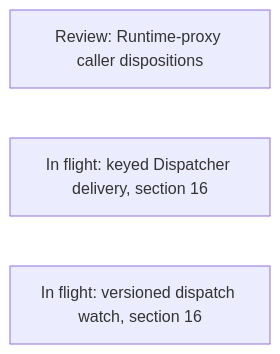
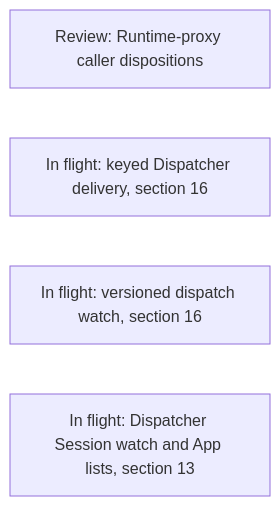
The first of 20 diagrams in agentplane/plans/task_dag.md (agentydragon/ducktape), drawn with Mermaid before and after one commit. The commit also changed other lines of this file, not shown here.

First line of the commit message:
Record the decided Session authority and release the Session watch

````diff
--- a/agentplane/plans/task_dag.md
+++ b/agentplane/plans/task_dag.md
@@ -206,6 +207,7 @@
 ```mermaid
 flowchart LR
     RUNTIME_PROXY_CALLER_AUDIT[Review: Runtime-proxy caller dispositions]
     DISPATCHER_KEYED_DELIVERY[In flight: keyed Dispatcher delivery, section 16]
     DISPATCHER_WATCH_VERSIONS[In flight: versioned dispatch watch, section 16]
+    DISPATCHER_SESSION_WATCH[In flight: Dispatcher Session watch and App lists, section 13]
 ```
````
